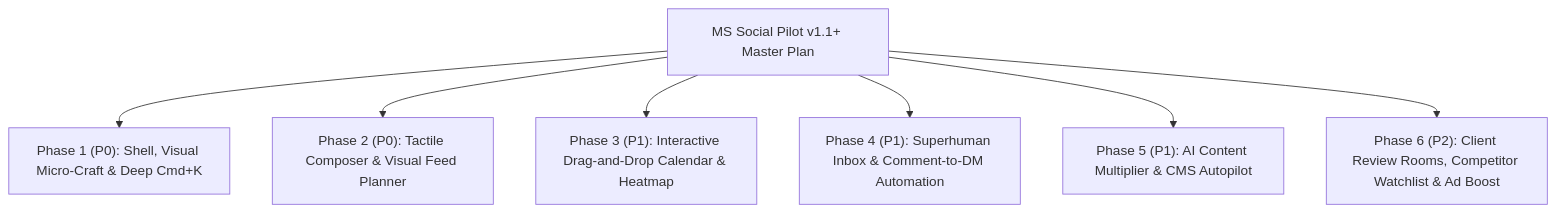
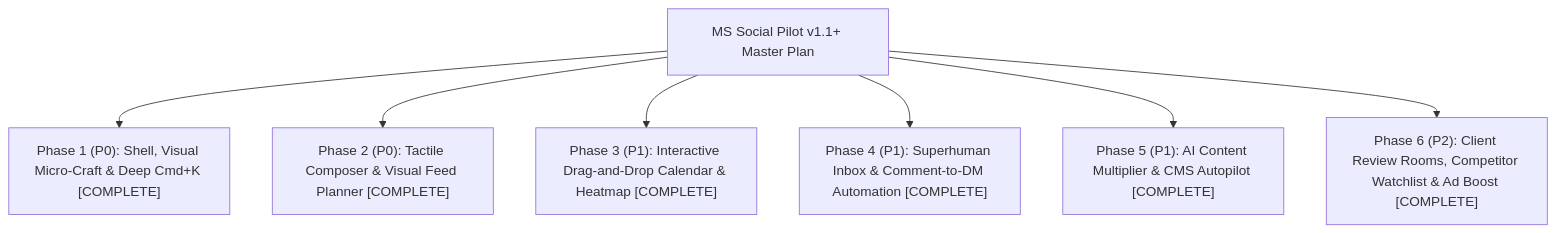
The diagram in PLAN.md (sebmouad/MS-Social-Pilot), drawn with Mermaid before and after one commit. The commit also changed other lines of this file, not shown here.

Commit message:
docs: Mark Phases 1-6 complete in PLAN.md

````diff
--- a/PLAN.md
+++ b/PLAN.md
@@ -11,9 +11,9 @@
 ```mermaid
 flowchart TD
-  ROOT["MS Social Pilot v1.1+ Master Plan"] --> P1["Phase 1 (P0): Shell, Visual Micro-Craft & Deep Cmd+K"]
-  ROOT --> P2["Phase 2 (P0): Tactile Composer & Visual Feed Planner"]
-  ROOT --> P3["Phase 3 (P1): Interactive Drag-and-Drop Calendar & Heatmap"]
-  ROOT --> P4["Phase 4 (P1): Superhuman Inbox & Comment-to-DM Automation"]
-  ROOT --> P5["Phase 5 (P1): AI Content Multiplier & CMS Autopilot"]
-  ROOT --> P6["Phase 6 (P2): Client Review Rooms, Competitor Watchlist & Ad Boost"]
+  ROOT["MS Social Pilot v1.1+ Master Plan"] --> P1["Phase 1 (P0): Shell, Visual Micro-Craft & Deep Cmd+K [COMPLETE]"]
+  ROOT --> P2["Phase 2 (P0): Tactile Composer & Visual Feed Planner [COMPLETE]"]
+  ROOT --> P3["Phase 3 (P1): Interactive Drag-and-Drop Calendar & Heatmap [COMPLETE]"]
+  ROOT --> P4["Phase 4 (P1): Superhuman Inbox & Comment-to-DM Automation [COMPLETE]"]
+  ROOT --> P5["Phase 5 (P1): AI Content Multiplier & CMS Autopilot [COMPLETE]"]
+  ROOT --> P6["Phase 6 (P2): Client Review Rooms, Competitor Watchlist & Ad Boost [COMPLETE]"]
 ```
````
